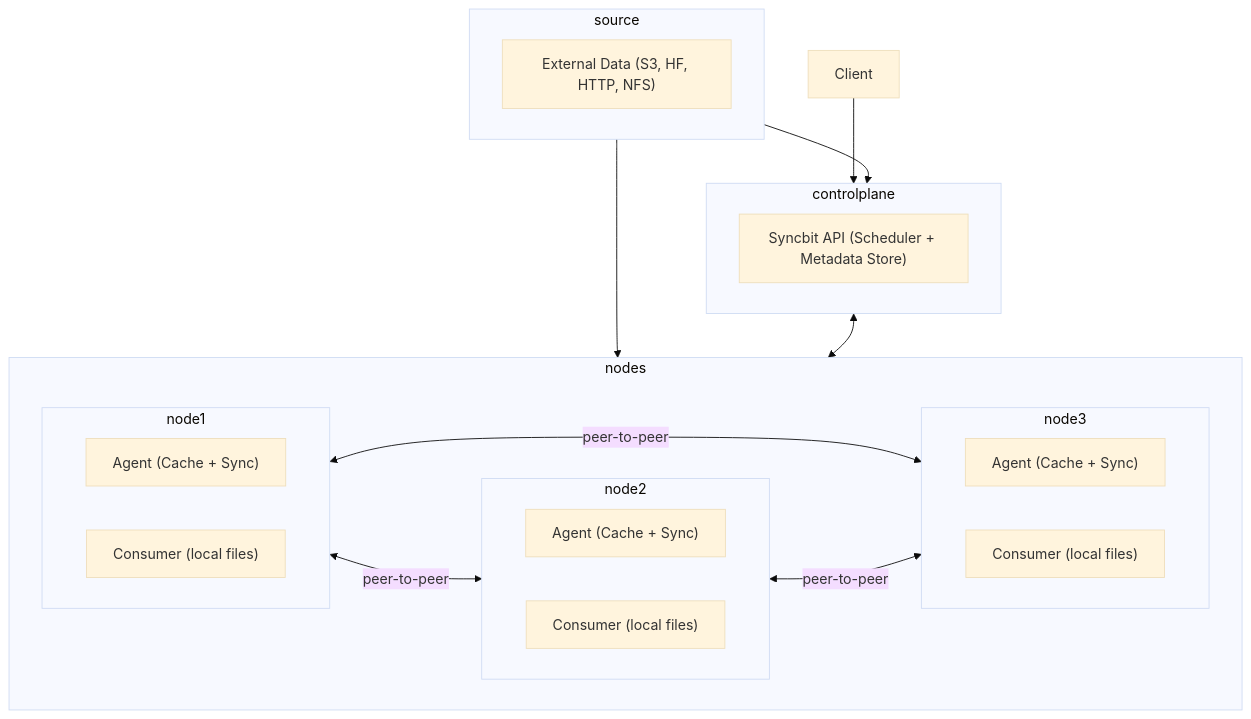
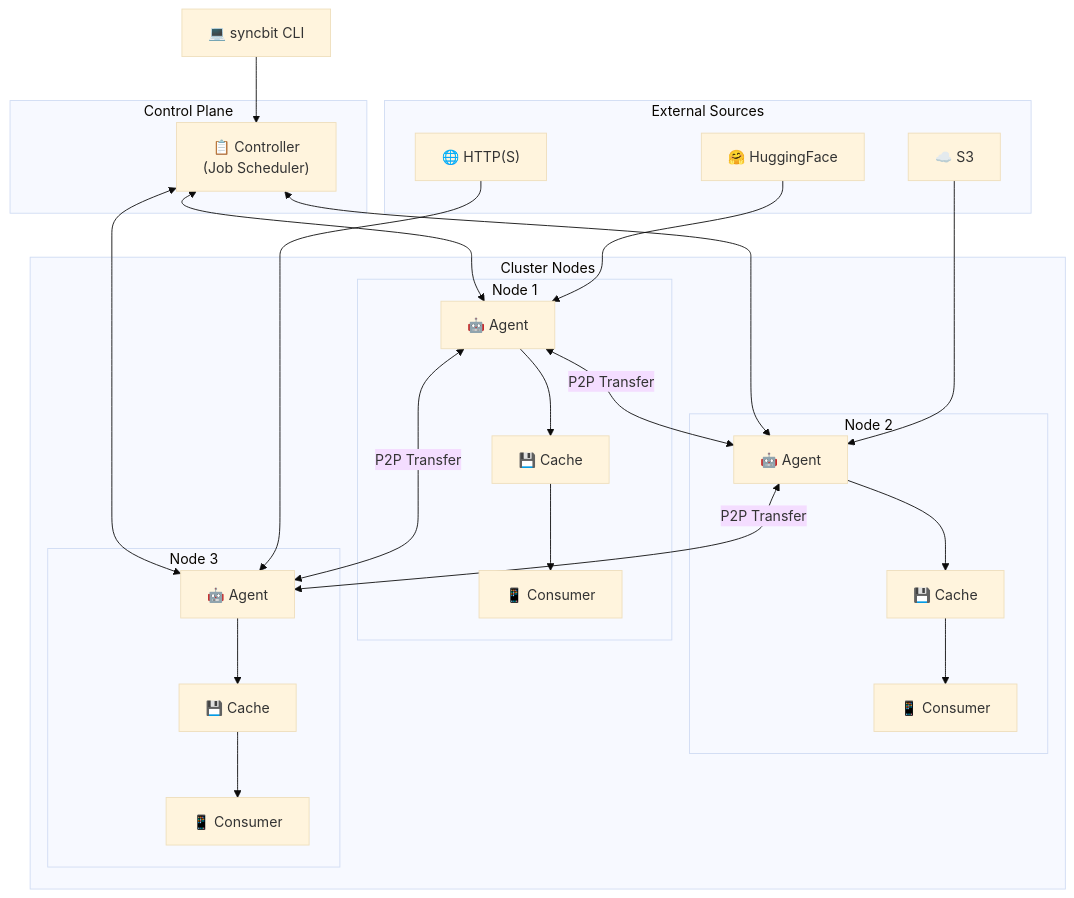
The diagram in README.md (syncbit-io/syncbit), drawn with Mermaid (base theme) before and after one commit. The commit also changed other lines of this file and 55 other files, not shown here.

````diff
--- a/README.md
+++ b/README.md
@@ -40,35 +43,56 @@
 ```mermaid
 %%{ init: { 'flowchart': { 'curve': 'catmulRom' } } }%%
-graph
-    subgraph source
-        A["External Data (S3, HF, HTTP, NFS)"]
+graph TB
+    subgraph "External Sources"
+        HF["🤗 HuggingFace"]
+        S3["☁️ S3"]
+        HTTP["🌐 HTTP(S)"]
     end
-    subgraph controlplane
-        direction LR
-        B["Syncbit API (Scheduler + Metadata Store)"]
+
+    subgraph "Control Plane"
+        Controller["📋 Controller<br/>(Job Scheduler)"]
     end
-    subgraph nodes
-        direction LR
-    subgraph node1
-        direction LR
-        C["Agent (Cache + Sync)"]
-        D["Consumer (local files)"]
+
+    subgraph "Cluster Nodes"
+        subgraph "Node 1"
+            Agent1["🤖 Agent"]
+            Cache1["💾 Cache"]
+            Consumer1["📱 Consumer"]
+        end
+
+        subgraph "Node 2"
+            Agent2["🤖 Agent"]
+            Cache2["💾 Cache"]
+            Consumer2["📱 Consumer"]
+        end
+
+        subgraph "Node 3"
+            Agent3["🤖 Agent"]
+            Cache3["💾 Cache"]
+            Consumer3["📱 Consumer"]
+        end
     end
-    subgraph node2
-        direction LR
-        C2["Agent (Cache + Sync)"]
-        D2["Consumer (local files)"]
-    end
-    subgraph node3
-        direction LR
-        C3["Agent (Cache + Sync)"]
-        D3["Consumer (local files)"]
-    end
-    node1 <-->|peer-to-peer| node2 & node3
-    node2 <-->|peer-to-peer| node3
-    end
-    E["Client"] --> controlplane
-    source --> controlplane
-    source --> nodes
-    controlplane <--> nodes
+
+    CLI["💻 syncbit CLI"]
+
+    CLI --> Controller
+    Controller <--> Agent1
+    Controller <--> Agent2
+    Controller <--> Agent3
+
+    Agent1 <-->|P2P Transfer| Agent2
+    Agent2 <-->|P2P Transfer| Agent3
+    Agent1 <-->|P2P Transfer| Agent3
+
+    Agent1 --> Cache1
+    Agent2 --> Cache2
+    Agent3 --> Cache3
+
+    Cache1 --> Consumer1
+    Cache2 --> Consumer2
+    Cache3 --> Consumer3
+
+    HF --> Agent1
+    S3 --> Agent2
+    HTTP --> Agent3
 ```
````
